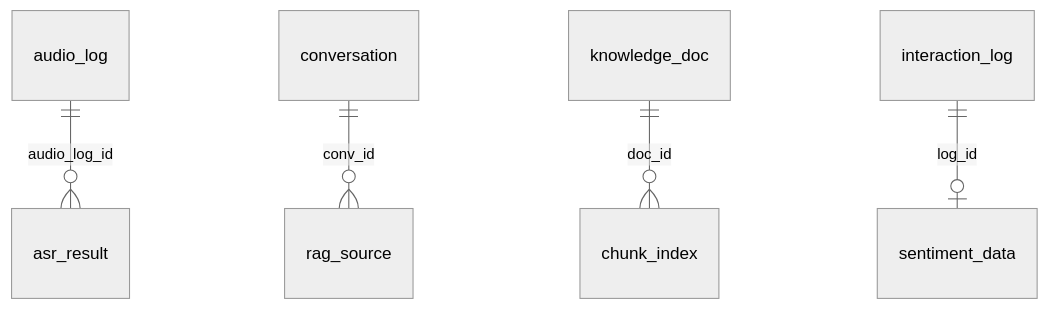
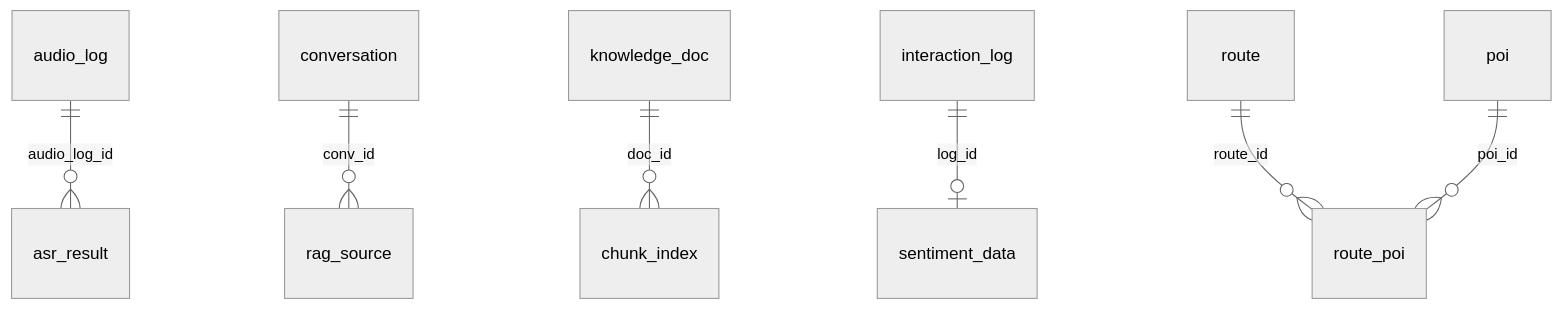
The diagram in docs/数据库设计说明书.md (272-permanence/whoisthe4th), drawn with Mermaid (neutral theme) before and after one commit. The commit also changed other lines of this file and 2 other files, not shown here.

````diff
--- a/docs/数据库设计说明书.md
+++ b/docs/数据库设计说明书.md
@@ -123,7 +123,9 @@
 ```mermaid
 erDiagram
     audio_log ||--o{ asr_result : "audio_log_id"
     conversation ||--o{ rag_source : "conv_id"
     knowledge_doc ||--o{ chunk_index : "doc_id"
     interaction_log ||--o| sentiment_data : "log_id"
+    route ||--o{ route_poi : "route_id"
+    poi ||--o{ route_poi : "poi_id"
 ```
````
